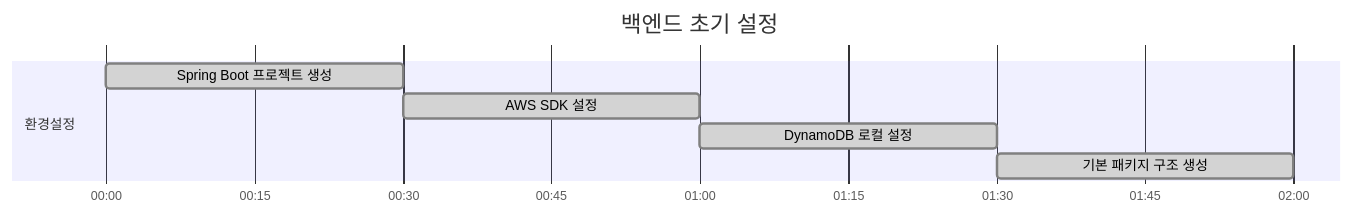
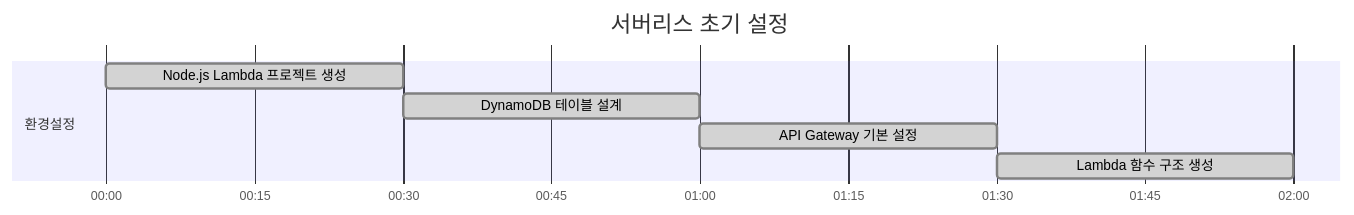
Before and after one commit to qurious-aws-hackathon/team22-aws-hackathon: the second of 7 diagrams in backend/README.md, drawn with Mermaid. The commit also changed other lines of this file and 2 other files, not shown here.

First line of the commit message:
refactor: 서버리스 아키텍처로 전환

````diff
--- a/backend/README.md
+++ b/backend/README.md
@@ -76,12 +89,12 @@
 ```mermaid
 gantt
-    title 백엔드 초기 설정
+    title 서버리스 초기 설정
     dateFormat HH:mm
     axisFormat %H:%M
     
     section 환경설정
-    Spring Boot 프로젝트 생성    :done, setup1, 00:00, 00:30
-    AWS SDK 설정               :done, setup2, 00:30, 01:00
-    DynamoDB 로컬 설정          :done, setup3, 01:00, 01:30
-    기본 패키지 구조 생성        :done, setup4, 01:30, 02:00
+    Node.js Lambda 프로젝트 생성  :done, setup1, 00:00, 00:30
+    DynamoDB 테이블 설계         :done, setup2, 00:30, 01:00
+    API Gateway 기본 설정       :done, setup3, 01:00, 01:30
+    Lambda 함수 구조 생성        :done, setup4, 01:30, 02:00
 ```
````
